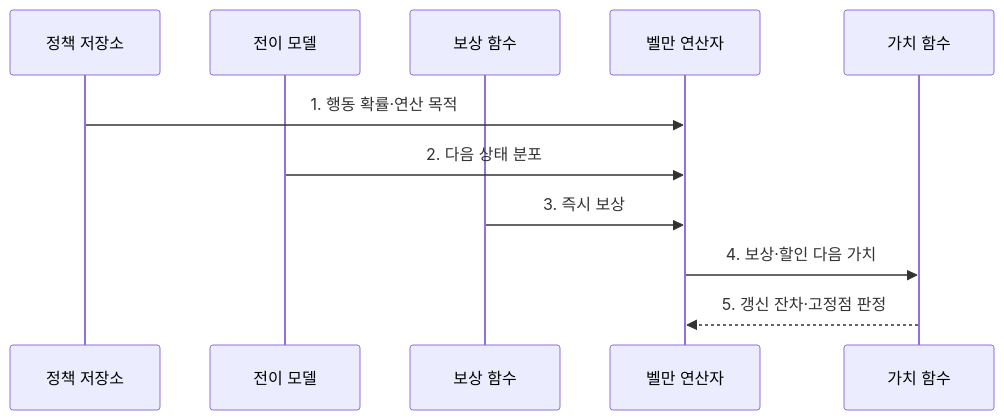
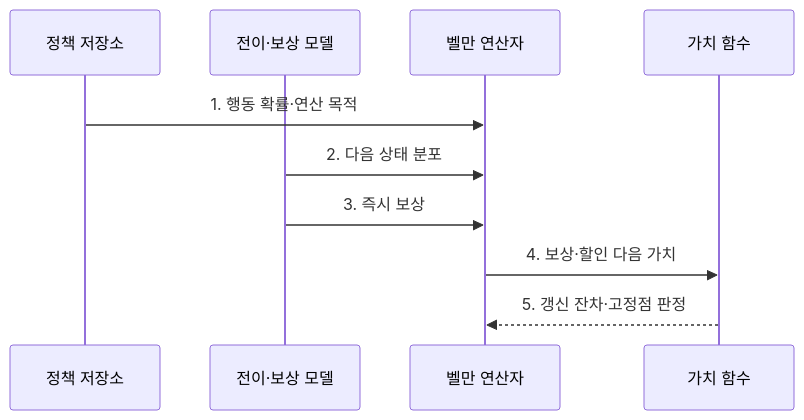
Before and after one commit to agnusdei1207/knowledge-base: the second of 2 diagrams in src/content/docs/notes/08-latest-tech/097_bellman_equation.md, drawn with Mermaid. The commit also changed 8 other files, not shown here.

Commit message:
Focus AI evaluation and reasoning flows

````diff
--- a/src/content/docs/notes/08-latest-tech/097_bellman_equation.md
+++ b/src/content/docs/notes/08-latest-tech/097_bellman_equation.md
@@ -108,13 +108,12 @@
 ```mermaid
 sequenceDiagram
   participant P as 정책 저장소
-  participant T as 전이 모델
-  participant R as 보상 함수
+  participant E as 전이·보상 모델
   participant O as 벨만 연산자
   participant V as 가치 함수
   P->>O: 1. 행동 확률·연산 목적
-  T->>O: 2. 다음 상태 분포
-  R->>O: 3. 즉시 보상
+  E->>O: 2. 다음 상태 분포
+  E->>O: 3. 즉시 보상
   O->>V: 4. 보상·할인 다음 가치
   V-->>O: 5. 갱신 잔차·고정점 판정
 ```
````
